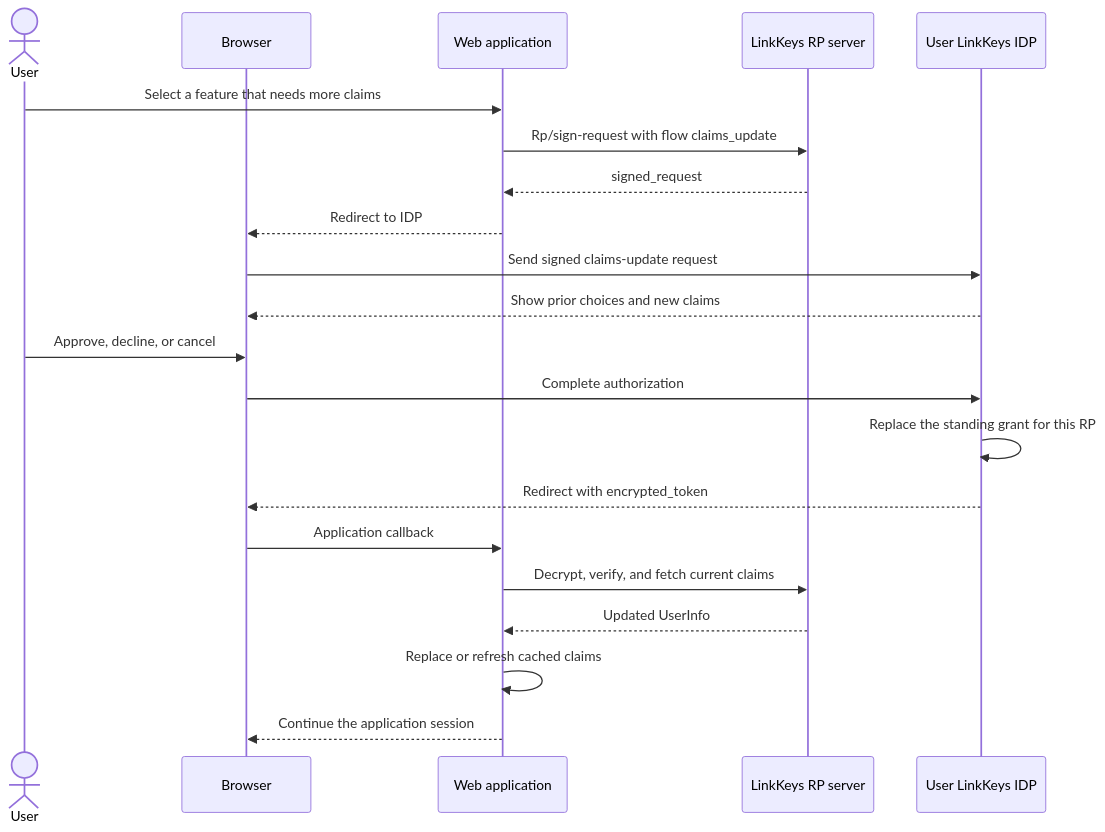
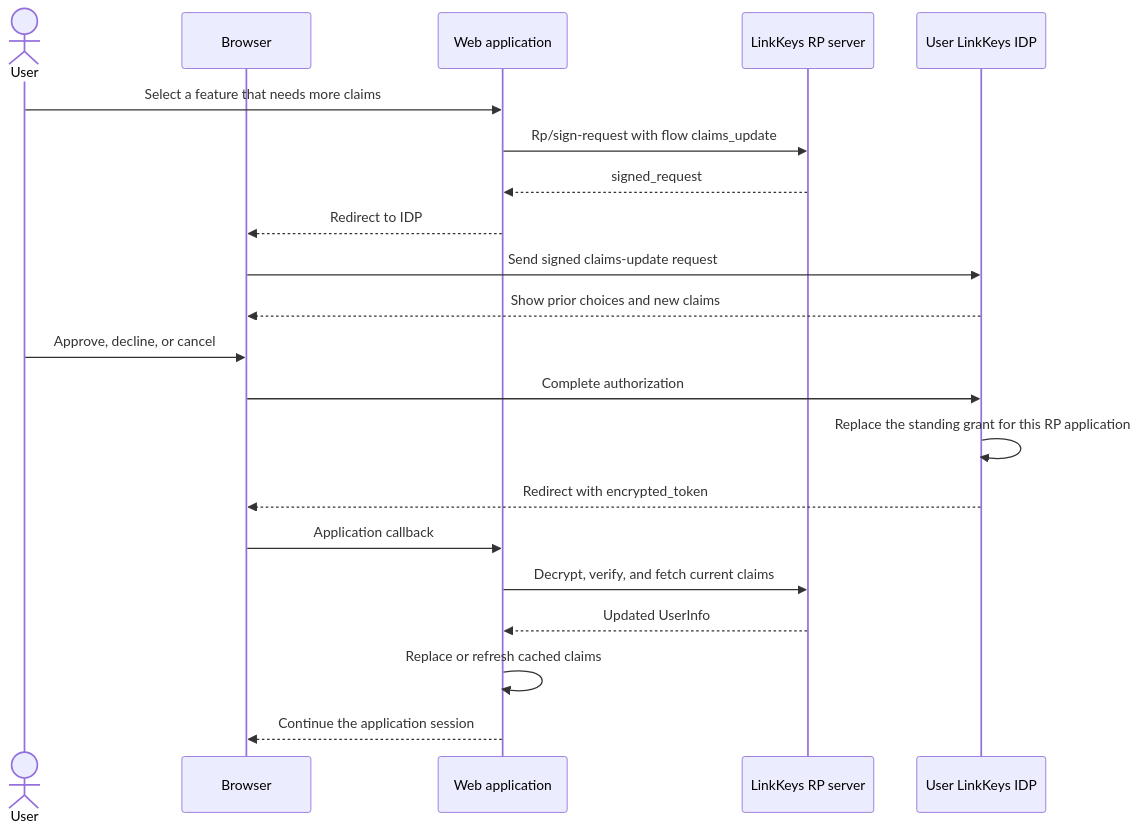
Before and after one commit to catalystcommunity/linkkeys: the fourth of 5 diagrams in docs/authentication-and-claims-flow.md, drawn with Mermaid. The commit also changed other lines of this file and 105 other files, not shown here.

````diff
--- a/docs/authentication-and-claims-flow.md
+++ b/docs/authentication-and-claims-flow.md
@@ -261,24 +298,24 @@
 ```mermaid
 sequenceDiagram
     actor User
     participant Browser
     participant App as Web application
     participant RP as LinkKeys RP server
     participant IDP as User LinkKeys IDP
 
     User->>App: Select a feature that needs more claims
     App->>RP: Rp/sign-request with flow claims_update
     RP-->>App: signed_request
     App-->>Browser: Redirect to IDP
     Browser->>IDP: Send signed claims-update request
     IDP-->>Browser: Show prior choices and new claims
     User->>Browser: Approve, decline, or cancel
     Browser->>IDP: Complete authorization
-    IDP->>IDP: Replace the standing grant for this RP
+    IDP->>IDP: Replace the standing grant for this RP application
     IDP-->>Browser: Redirect with encrypted_token
     Browser->>App: Application callback
     App->>RP: Decrypt, verify, and fetch current claims
     RP-->>App: Updated UserInfo
     App->>App: Replace or refresh cached claims
     App-->>Browser: Continue the application session
 ```
````
